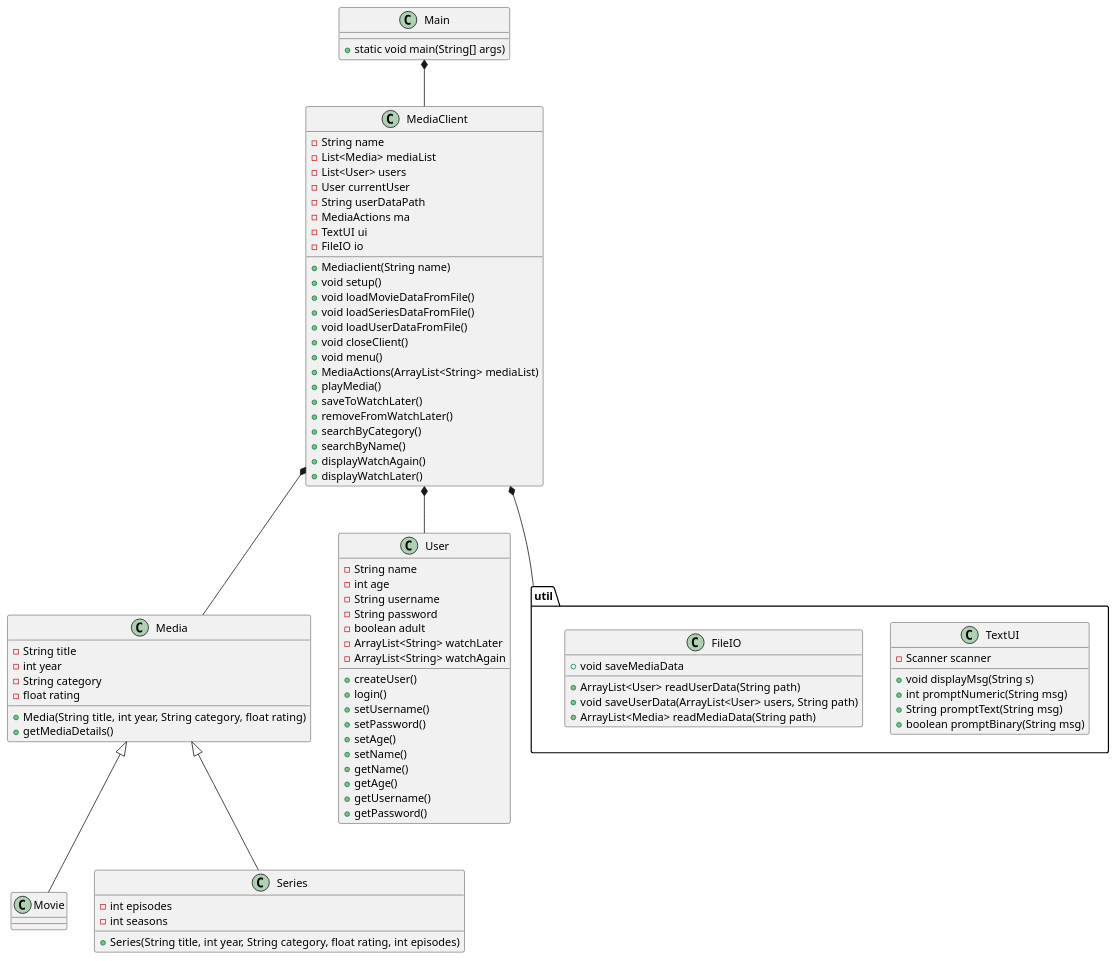
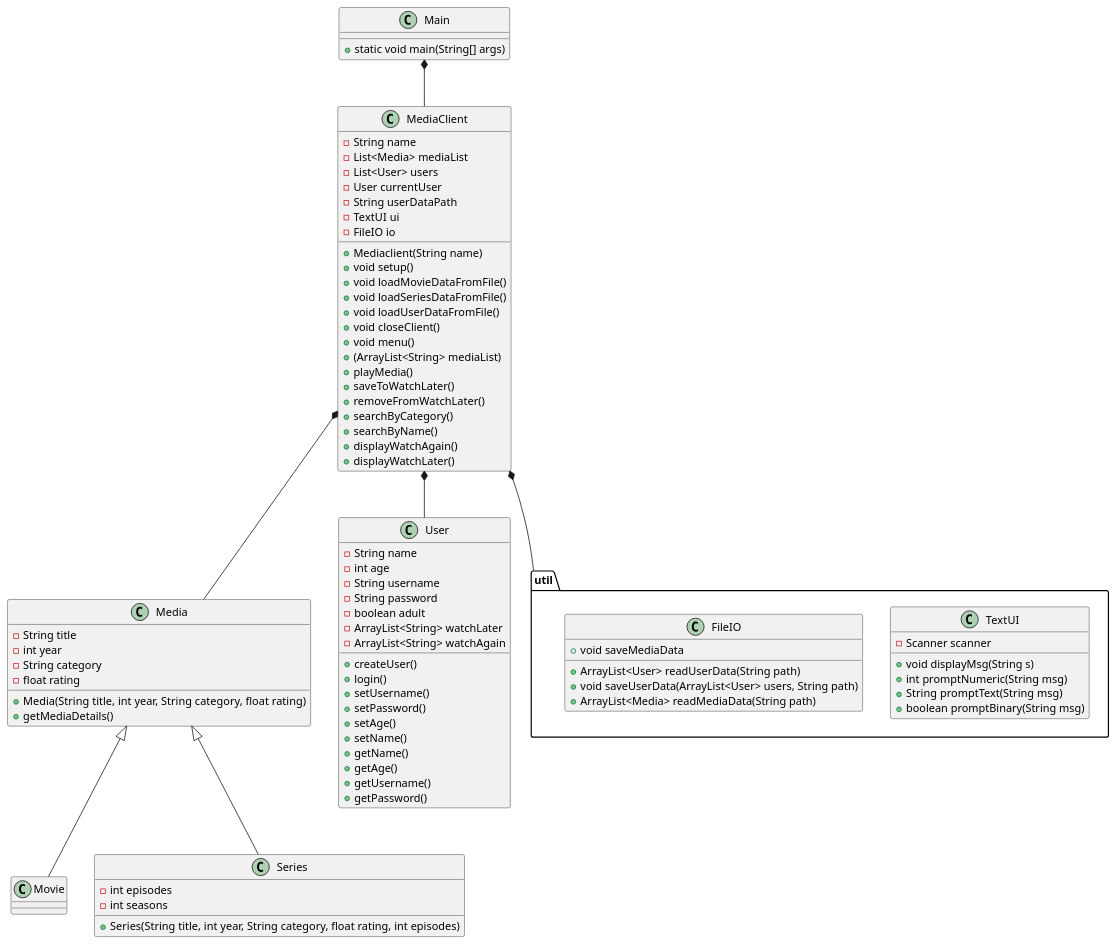
The diagram in docs/classdiagram_v0.puml (b-rino/SP3), drawn with PlantUML before and after one commit. The commit also changed 3 other files, not shown here.

```diff
--- a/docs/classdiagram_v0.puml
+++ b/docs/classdiagram_v0.puml
@@ -1,109 +1,108 @@
 @startuml
 class Main{
 + static void main(String[] args)
 }
 
 class Media{
 - String title
 - int year
 - String category
 - float rating
 +Media(String title, int year, String category, float rating)
 +getMediaDetails()
 
 
 }
 
 class MediaClient{
 -String name
 -List<Media> mediaList
 -List<User> users
 -User currentUser
 -String userDataPath
--MediaActions ma
 -TextUI ui
 -FileIO io
 +Mediaclient(String name)
 +void setup()
 +void loadMovieDataFromFile()
 +void loadSeriesDataFromFile()
 +void loadUserDataFromFile()
 +void closeClient()
 +void menu()
-+MediaActions(ArrayList<String> mediaList)
++(ArrayList<String> mediaList)
 +playMedia()
 +saveToWatchLater()
 +removeFromWatchLater()
 +searchByCategory()
 +searchByName()
 +displayWatchAgain()
 +displayWatchLater()
 
 
 }
 
 
 class Movie{
 }
 
 class Series{
 - int episodes
 - int seasons
 +Series(String title, int year, String category, float rating, int episodes)
 }
 
 
 class User{
 -String name
 -int age
 -String username
 -String password
 -boolean adult
 -ArrayList<String> watchLater
 -ArrayList<String> watchAgain
 +createUser()
 +login()
 '+logout()
 +setUsername()
 +setPassword()
 +setAge()
 +setName()
 +getName()
 +getAge()
 +getUsername()
 +getPassword()
 }
 
 
 package "util" {
 class TextUI{
 - Scanner scanner
 
 +void displayMsg(String s)
 +int promptNumeric(String msg)
 +String promptText(String msg)
 +boolean promptBinary(String msg)
 }
 class FileIO{
 '+void addMediaToFile(Media media, String path)
 '+void removeMediaFromFile(Media media, String path)
 +ArrayList<User> readUserData(String path)
 +void saveUserData(ArrayList<User> users, String path)
 +ArrayList<Media> readMediaData(String path)
 +void saveMediaData
 }
 }
 
 MediaClient *-- Media
 Media<|--Series
 Media <|-- Movie
 MediaClient *-- User
 Main *-- MediaClient
 MediaClient *-- "util"
 
 
 
 
 
 
 @enduml
```
